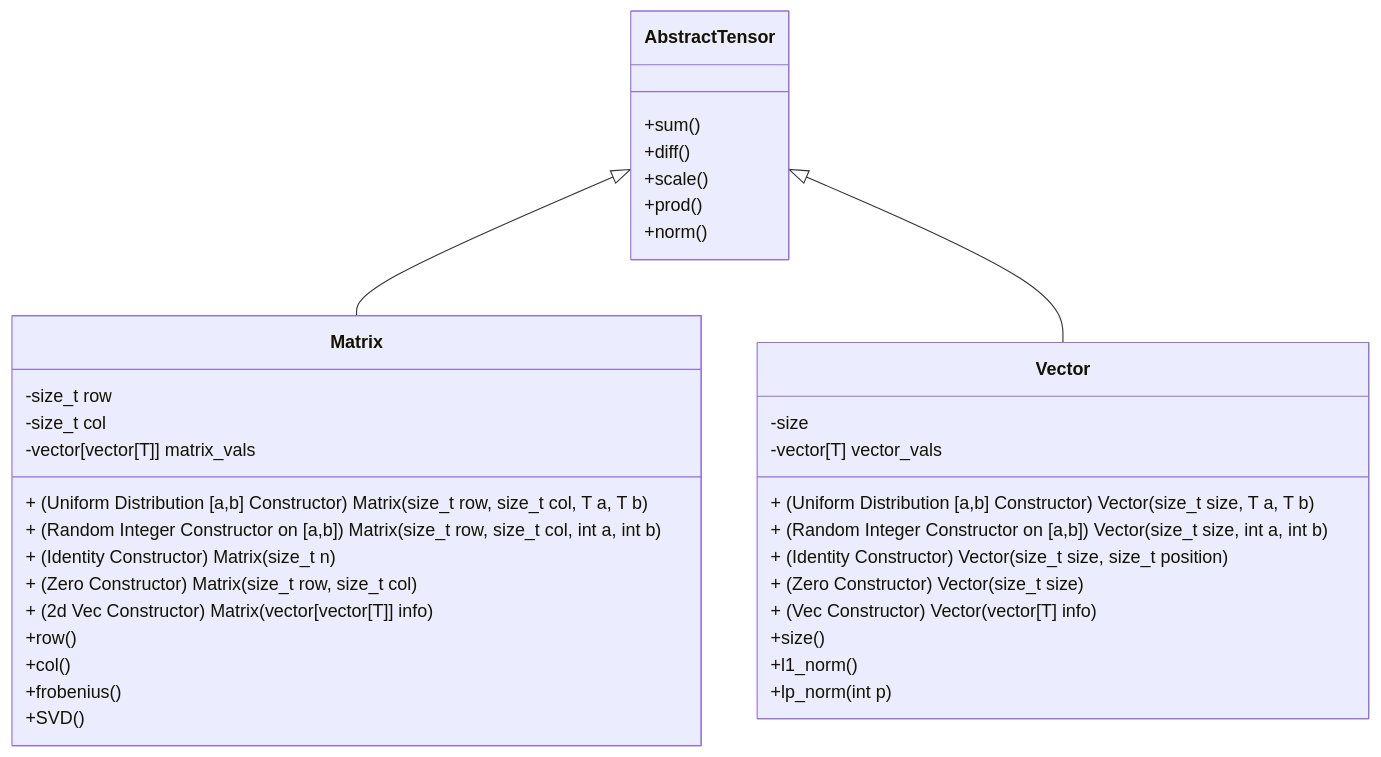
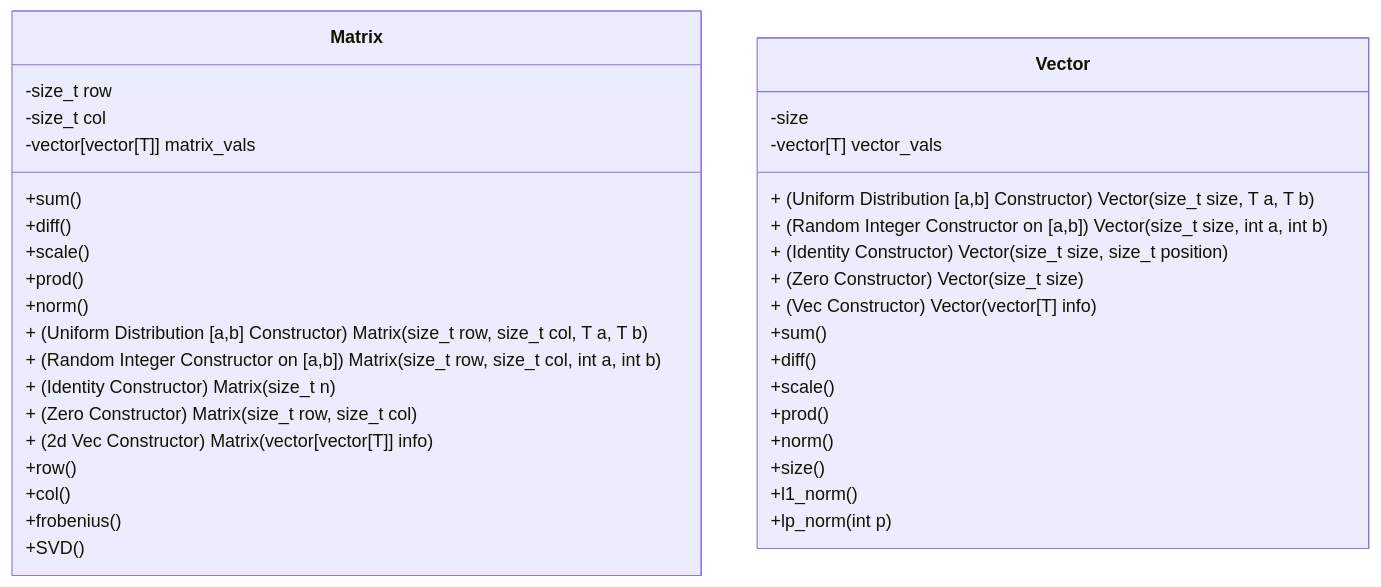
One commit to ThomasTorres2024/PythonNLA changed the diagram in README.md. Above: the diagram before and after it, drawn with Mermaid. The commit also changed other lines of this file, not shown here.

Commit message:
Revise README with updated usage and class structure
Updated usage instructions and removed AbstractTensor class. Revised class diagram for Matrix and Vector.

````diff
--- a/README.md
+++ b/README.md
@@ -18,46 +22,44 @@
 ```mermaid
 classDiagram
-    AbstractTensor <|-- Matrix
-    AbstractTensor <|-- Vector
-	
-    AbstractTensor : +sum()
-    AbstractTensor : +diff()
-    AbstractTensor : +scale()
-    AbstractTensor : +prod()
-    AbstractTensor : +norm()
-    
     Matrix : -size_t row
     Matrix : -size_t col
     Matrix : -vector[vector[T]] matrix_vals
-    
-    
+	
+    Matrix : +sum()
+    Matrix : +diff()
+    Matrix : +scale()
+    Matrix : +prod()
+    Matrix : +norm()
     Matrix : + (Uniform Distribution [a,b] Constructor) Matrix(size_t row, size_t col, T a, T b)
     Matrix : + (Random Integer Constructor on [a,b]) Matrix(size_t row, size_t col, int a, int b)
     Matrix : + (Identity Constructor) Matrix(size_t n)
     Matrix : + (Zero Constructor) Matrix(size_t row, size_t col)
     Matrix : + (2d Vec Constructor) Matrix(vector[vector[T]] info)
 	
 	
     Matrix : +row()
     Matrix : +col()
     Matrix : +frobenius()
     Matrix : +SVD()
     
     Vector : -size
     Vector : -vector[T] vector_vals
     
     Vector : + (Uniform Distribution [a,b] Constructor) Vector(size_t size, T a, T b)
     Vector : + (Random Integer Constructor on [a,b]) Vector(size_t size, int a, int b)
     Vector : + (Identity Constructor) Vector(size_t size, size_t position)
     Vector : + (Zero Constructor) Vector(size_t size)
     Vector : + (Vec Constructor) Vector(vector[T] info)
 	
-    
-    
+	Vector : +sum()
+    Vector : +diff()
+    Vector : +scale()
+    Vector : +prod()
+    Vector : +norm()
     Vector : +size()
     Vector : +l1_norm()
     Vector : +lp_norm(int p)
     
     
     
 ```
````
